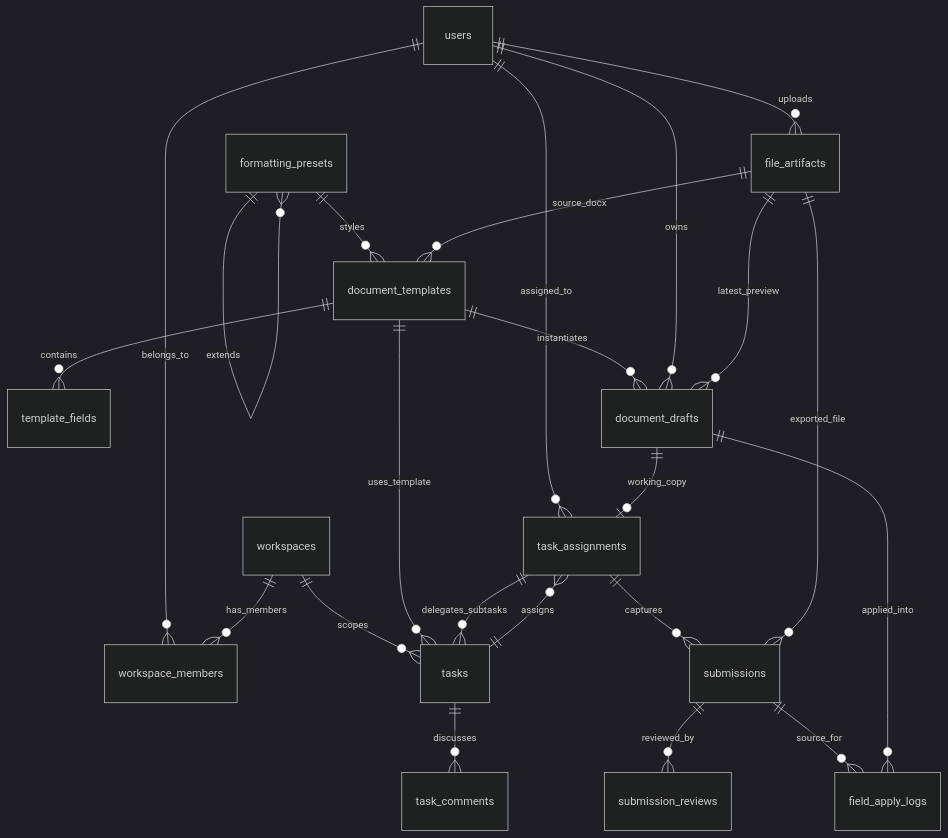
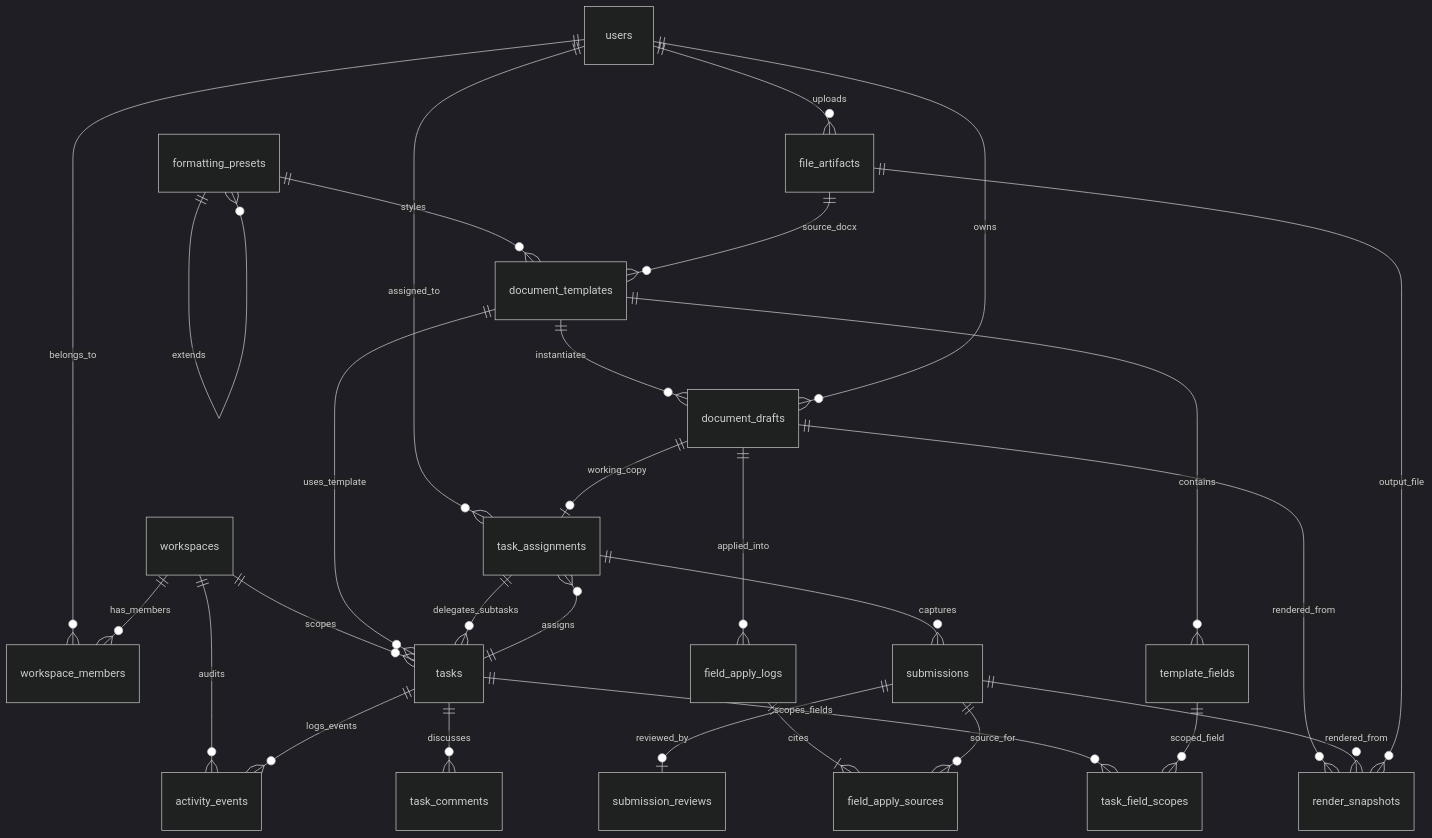
Before and after one commit to buitrong06/CS300-DocumentFromForm: the second of 7 diagrams in docs/analysis-and-design/database-overview.md, drawn with Mermaid (dark theme). The commit also changed other lines of this file and 1 other file, not shown here.

Commit message:
docs(db): resolve ER model integrity, lineage, provenance, and audit event gaps

````diff
--- a/docs/analysis-and-design/database-overview.md
+++ b/docs/analysis-and-design/database-overview.md
@@ -56,29 +56,35 @@
 ```mermaid
 erDiagram
     users ||--o{ workspace_members : "belongs_to"
     workspaces ||--o{ workspace_members : "has_members"
     users ||--o{ file_artifacts : "uploads"
 
     formatting_presets ||--o{ formatting_presets : "extends"
     formatting_presets ||--o{ document_templates : "styles"
     file_artifacts ||--o{ document_templates : "source_docx"
     document_templates ||--o{ template_fields : "contains"
 
     document_templates ||--o{ document_drafts : "instantiates"
     users ||--o{ document_drafts : "owns"
-    file_artifacts ||--o{ document_drafts : "latest_preview"
+    document_drafts ||--o{ render_snapshots : "rendered_from"
+    submissions ||--o{ render_snapshots : "rendered_from"
+    file_artifacts ||--o{ render_snapshots : "output_file"
 
     workspaces ||--o{ tasks : "scopes"
     document_templates ||--o{ tasks : "uses_template"
+    tasks ||--o{ task_field_scopes : "scopes_fields"
+    template_fields ||--o{ task_field_scopes : "scoped_field"
     tasks ||--o{ task_assignments : "assigns"
     users ||--o{ task_assignments : "assigned_to"
     document_drafts ||--o| task_assignments : "working_copy"
     task_assignments ||--o{ tasks : "delegates_subtasks"
 
     task_assignments ||--o{ submissions : "captures"
-    file_artifacts ||--o{ submissions : "exported_file"
-    submissions ||--o{ submission_reviews : "reviewed_by"
-    submissions ||--o{ field_apply_logs : "source_for"
+    submissions ||--o| submission_reviews : "reviewed_by"
     document_drafts ||--o{ field_apply_logs : "applied_into"
+    field_apply_logs ||--|{ field_apply_sources : "cites"
+    submissions ||--o{ field_apply_sources : "source_for"
     tasks ||--o{ task_comments : "discusses"
+    workspaces ||--o{ activity_events : "audits"
+    tasks ||--o{ activity_events : "logs_events"
 ```
````
